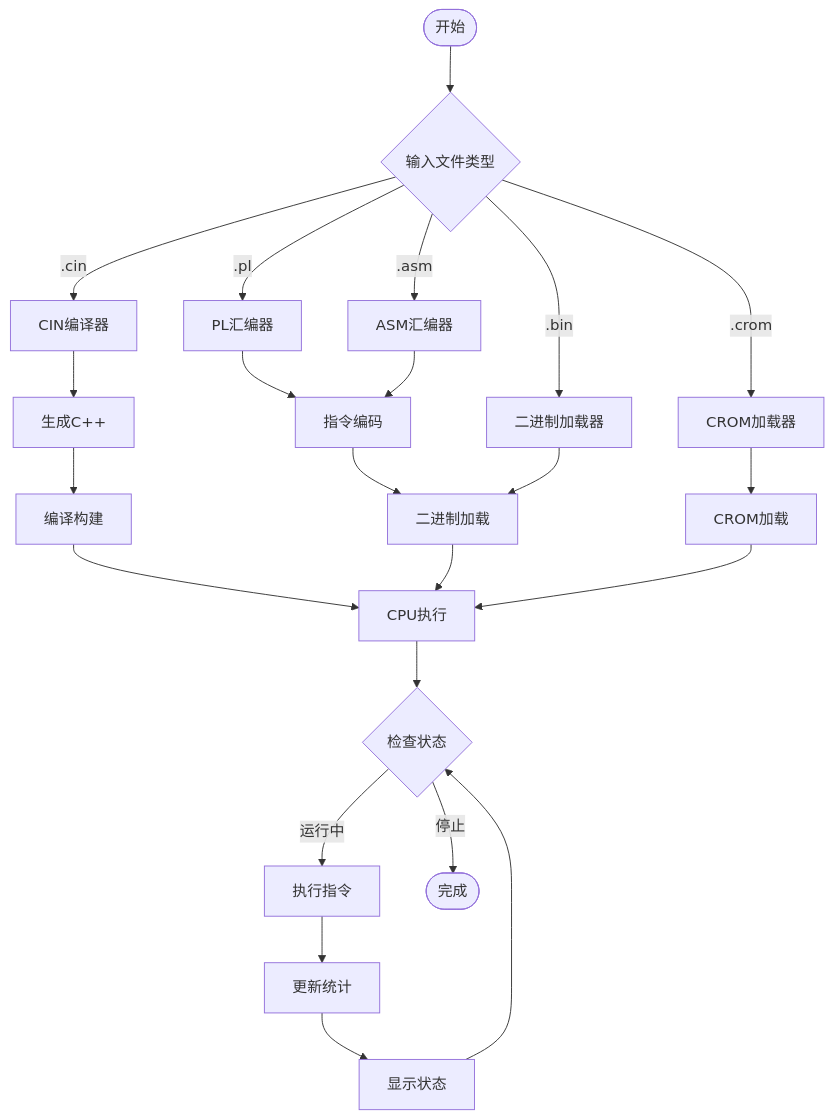
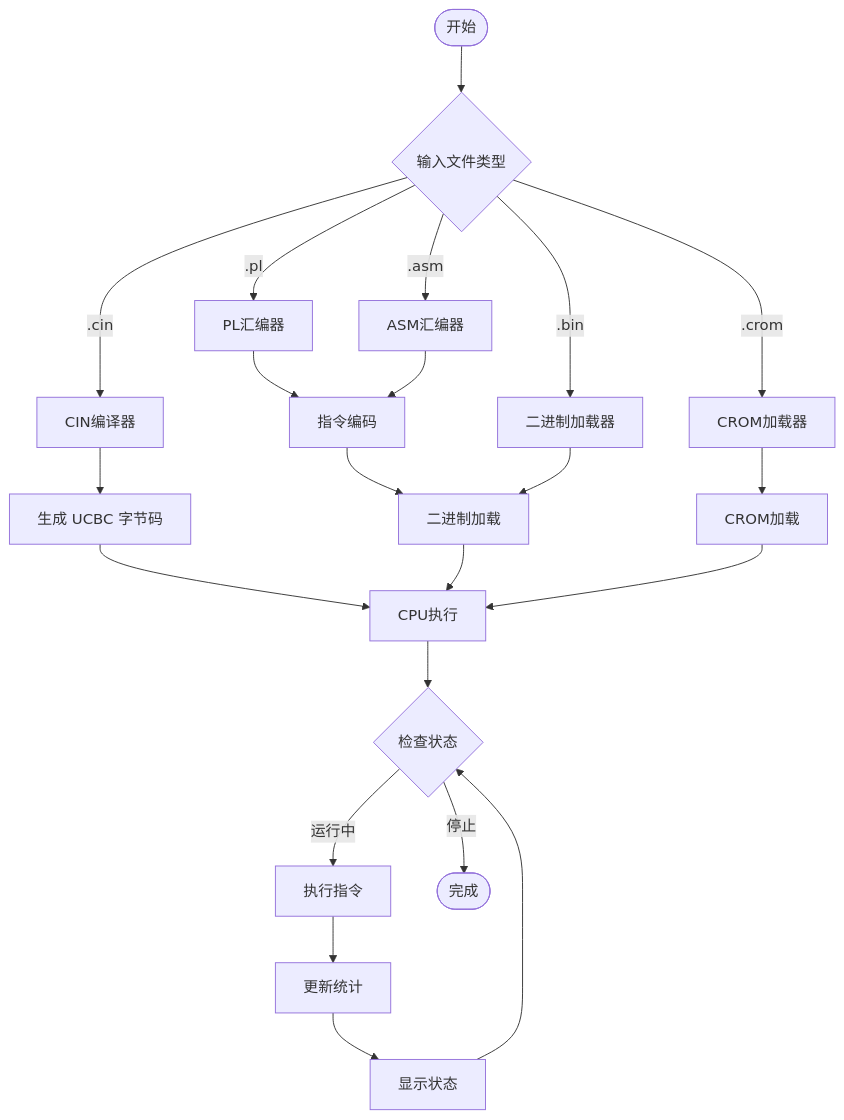
Before and after one commit to ByUsiStudio/Code-CIN: the tenth of 19 diagrams in README.md, drawn with Mermaid. The commit also changed other lines of this file and 18 other files, not shown here.

````diff
--- a/README.md
+++ b/README.md
@@ -338,32 +340,31 @@
 ```mermaid
 flowchart TD
     START([开始]) --> INPUT{输入文件类型}
     
     INPUT -->|.cin| CIN[CIN编译器]
     INPUT -->|.pl| PL[PL汇编器]
     INPUT -->|.asm| ASM[ASM汇编器]
     INPUT -->|.bin| BIN[二进制加载器]
     INPUT -->|.crom| CROM[CROM加载器]
     
-    CIN --> CPP[生成C++]
-    CPP --> BUILD[编译构建]
-    BUILD --> EXEC
+    CIN --> UCBC[生成 UCBC 字节码]
+    UCBC --> EXEC
     
     PL --> ASSEMBLE[指令编码]
     ASM --> ASSEMBLE
     ASSEMBLE --> BINLOAD[二进制加载]
     
     BIN --> BINLOAD
     CROM --> CROMLOAD[CROM加载]
     
     BINLOAD --> EXEC[CPU执行]
     CROMLOAD --> EXEC
     
     EXEC --> CHECK{检查状态}
     CHECK -->|运行中| STEP[执行指令]
     STEP --> STATS[更新统计]
     STATS --> DISPLAY[显示状态]
     DISPLAY --> CHECK
     
     CHECK -->|停止| DONE([完成])
 ```
````
